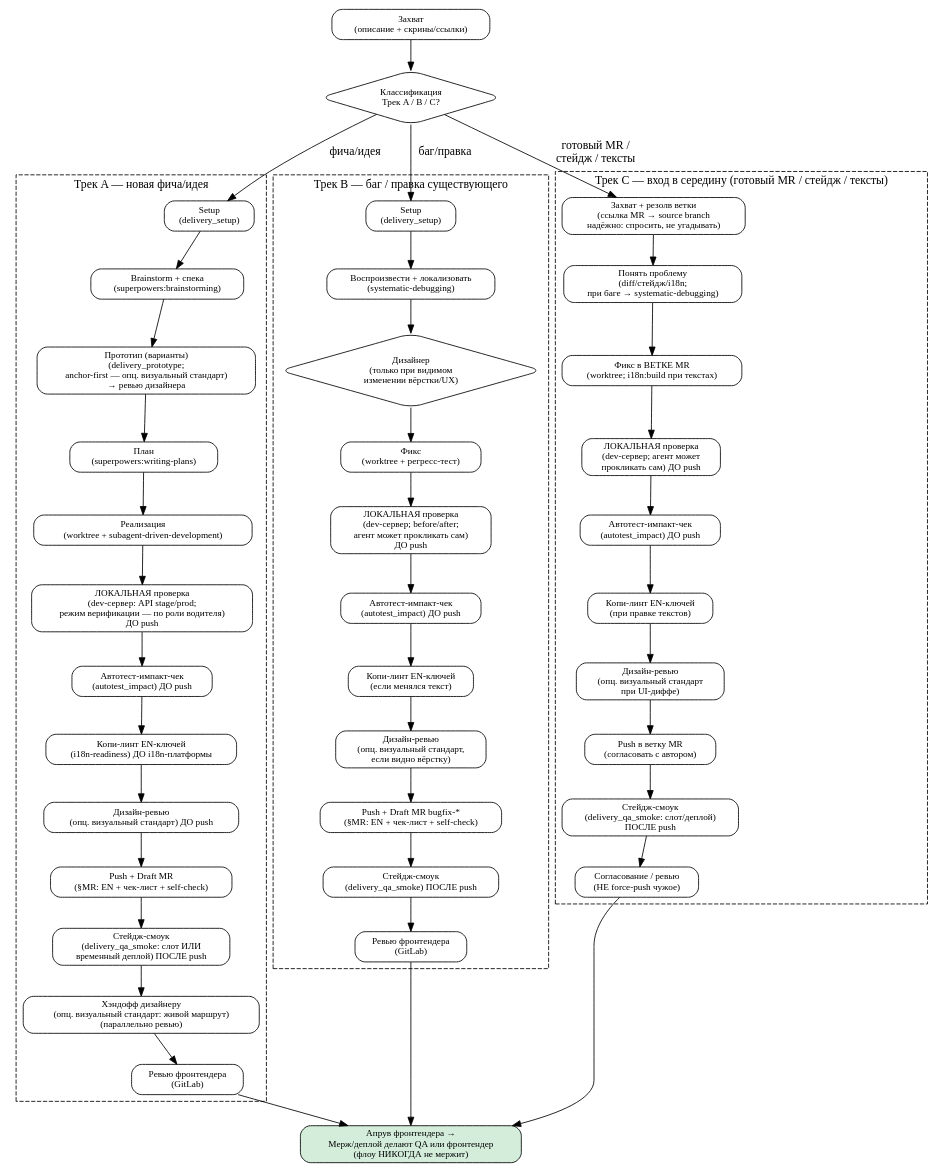
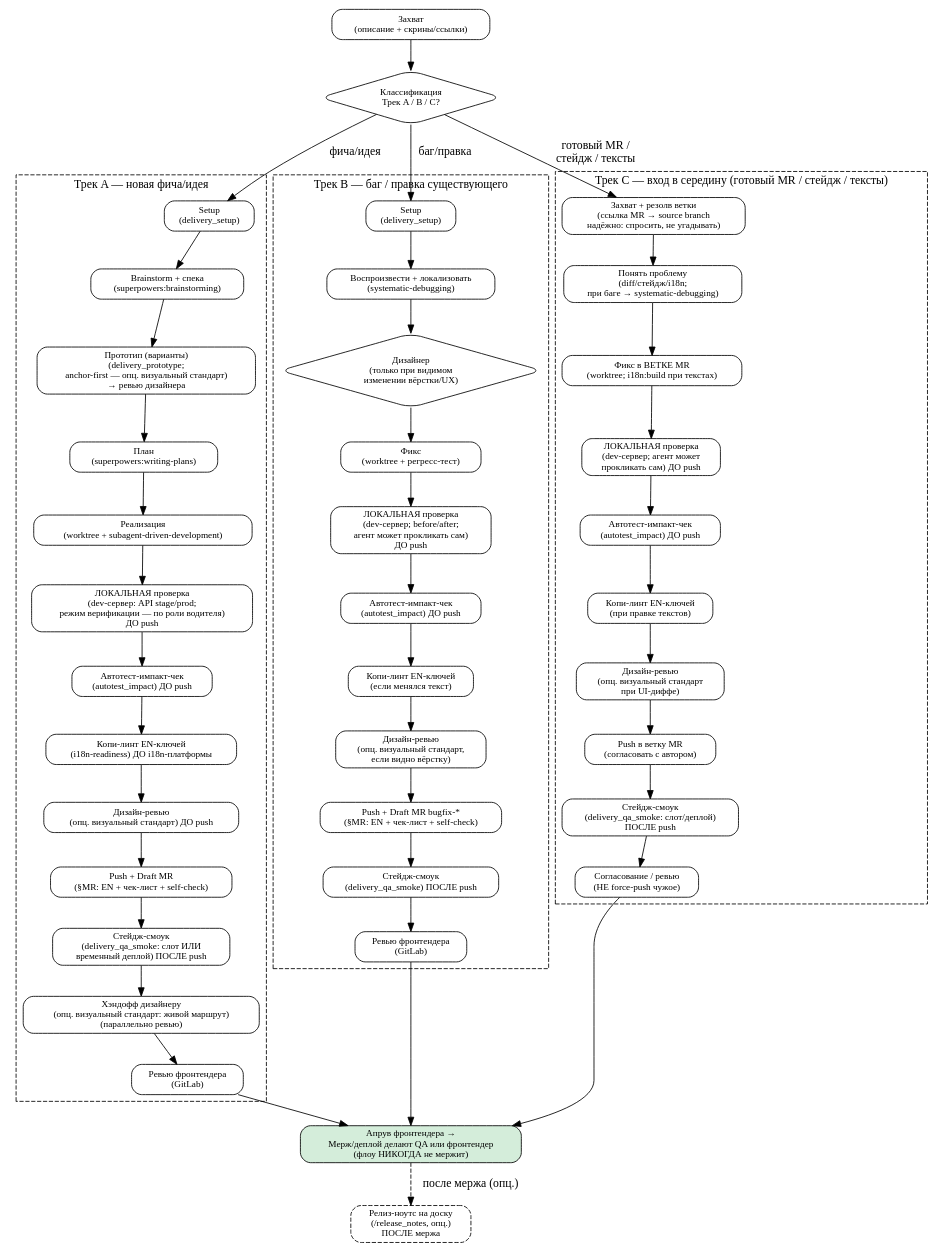
One commit to echangli/delivery-flow changed the diagram in plugins/delivery/skills/delivery_orchestrator/SKILL.md. Above: the diagram before and after it, drawn with Graphviz. The commit also changed other lines of this file and 3 other files, not shown here.

First line of the commit message:
Add release_notes skill

````diff
--- a/plugins/delivery/skills/delivery_orchestrator/SKILL.md
+++ b/plugins/delivery/skills/delivery_orchestrator/SKILL.md
@@ -74,71 +74,73 @@
 ```dot
 digraph delivery {
   rankdir=TB;
   node [shape=box, style=rounded, fontsize=11];
 
   capture    [label="Захват\n(описание + скрины/ссылки)"];
   classify   [label="Классификация\nТрек A / B / C?", shape=diamond];
 
   subgraph cluster_a {
     label="Трек A — новая фича/идея";
     style=dashed;
     a0 [label="Setup\n(delivery_setup)"];
     a1 [label="Brainstorm + спека\n(superpowers:brainstorming)"];
     a2 [label="Прототип (варианты)\n(delivery_prototype;\nanchor-first — опц. визуальный стандарт)\n→ ревью дизайнера"];
     a3 [label="План\n(superpowers:writing-plans)"];
     a4 [label="Реализация\n(worktree + subagent-driven-development)"];
     a5 [label="ЛОКАЛЬНАЯ проверка\n(dev-сервер: API stage/prod;\nрежим верификации — по роли водителя)\nДО push"];
     a5b [label="Автотест-импакт-чек\n(autotest_impact) ДО push"];
     a5c [label="Копи-линт EN-ключей\n(i18n-readiness) ДО i18n-платформы"];
     a5d [label="Дизайн-ревью\n(опц. визуальный стандарт) ДО push"];
     a6 [label="Push + Draft MR\n(§MR: EN + чек-лист + self-check)"];
     a7 [label="Стейдж-смоук\n(delivery_qa_smoke: слот ИЛИ\nвременный деплой) ПОСЛЕ push"];
     a7b [label="Хэндофф дизайнеру\n(опц. визуальный стандарт: живой маршрут)\n(параллельно ревью)"];
     a8 [label="Ревью фронтендера\n(GitLab)"];
     a0 -> a1 -> a2 -> a3 -> a4 -> a5 -> a5b -> a5c -> a5d -> a6 -> a7 -> a7b -> a8;
   }
 
   subgraph cluster_b {
     label="Трек B — баг / правка существующего";
     style=dashed;
     b0 [label="Setup\n(delivery_setup)"];
     b1 [label="Воспроизвести + локализовать\n(systematic-debugging)"];
     b2 [label="Дизайнер\n(только при видимом\nизменении вёрстки/UX)", shape=diamond];
     b3 [label="Фикс\n(worktree + регресс-тест)"];
     b4 [label="ЛОКАЛЬНАЯ проверка\n(dev-сервер; before/after;\nагент может прокликать сам)\nДО push"];
     b4b [label="Автотест-импакт-чек\n(autotest_impact) ДО push"];
     b4c [label="Копи-линт EN-ключей\n(если менялся текст)"];
     b4d [label="Дизайн-ревью\n(опц. визуальный стандарт,\nесли видно вёрстку)"];
     b5 [label="Push + Draft MR bugfix-*\n(§MR: EN + чек-лист + self-check)"];
     b6 [label="Стейдж-смоук\n(delivery_qa_smoke) ПОСЛЕ push"];
     b7 [label="Ревью фронтендера\n(GitLab)"];
     b0 -> b1 -> b2 -> b3 -> b4 -> b4b -> b4c -> b4d -> b5 -> b6 -> b7;
   }
 
   subgraph cluster_c {
     label="Трек C — вход в середину (готовый MR / стейдж / тексты)";
     style=dashed;
     c0 [label="Захват + резолв ветки\n(ссылка MR → source branch\nнадёжно: спросить, не угадывать)"];
     c1 [label="Понять проблему\n(diff/стейдж/i18n;\nпри баге → systematic-debugging)"];
     c2 [label="Фикс в ВЕТКЕ MR\n(worktree; i18n:build при текстах)"];
     c3 [label="ЛОКАЛЬНАЯ проверка\n(dev-сервер; агент может\nпрокликать сам) ДО push"];
     c3b [label="Автотест-импакт-чек\n(autotest_impact) ДО push"];
     c3c [label="Копи-линт EN-ключей\n(при правке текстов)"];
     c3d [label="Дизайн-ревью\n(опц. визуальный стандарт\nпри UI-диффе)"];
     c4 [label="Push в ветку MR\n(согласовать с автором)"];
     c5 [label="Стейдж-смоук\n(delivery_qa_smoke: слот/деплой)\nПОСЛЕ push"];
     c6 [label="Согласование / ревью\n(НЕ force-push чужое)"];
     c0 -> c1 -> c2 -> c3 -> c3b -> c3c -> c3d -> c4 -> c5 -> c6;
   }
 
   terminal [label="Апрув фронтендера →\nМерж/деплой делают QA или фронтендер\n(флоу НИКОГДА не мержит)", shape=box, style="rounded,filled", fillcolor="#d4edda"];
+  relnotes [label="Релиз-ноутс на доску\n(/release_notes, опц.)\nПОСЛЕ мержа", shape=box, style="rounded,dashed"];
 
   capture -> classify;
   classify -> a0 [label="фича/идея"];
   classify -> b0 [label="баг/правка"];
   classify -> c0 [label="готовый MR /\nстейдж / тексты"];
   a8 -> terminal;
   b7 -> terminal;
   c6 -> terminal;
+  terminal -> relnotes [label="после мержа (опц.)", style=dashed];
 }
 ```
````
